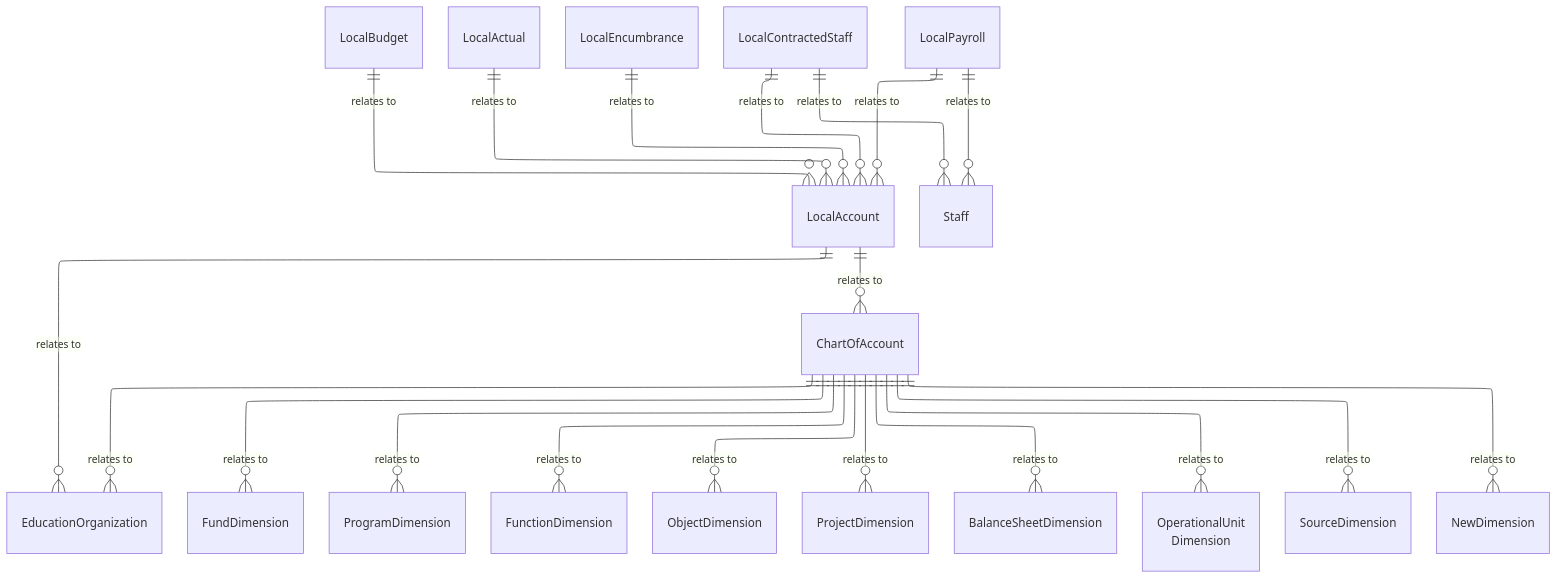
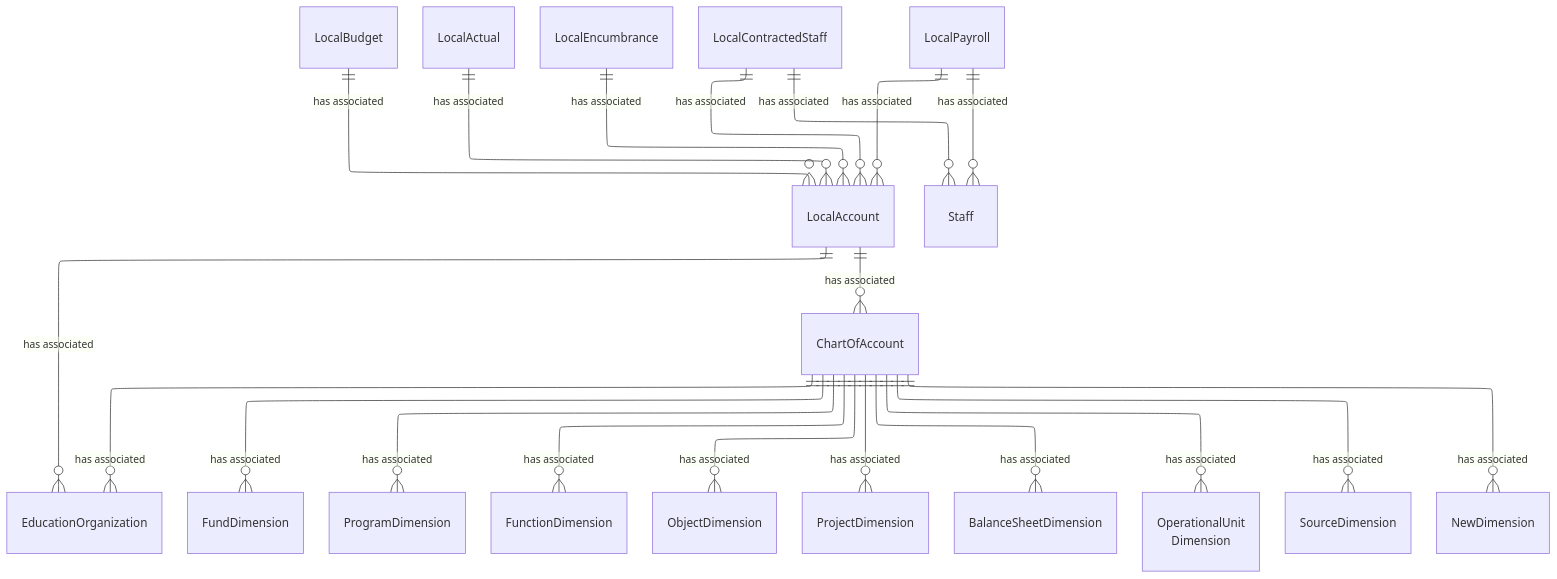
The diagram in dataStandard_versioned_docs/version-6/model-reference/finance-domain/model-diagrams.md (Ed-Fi-Alliance-OSS/ed-fi-alliance-oss.github.io), drawn with Mermaid before and after one commit. The commit also changed 24 other files, not shown here.

````diff
--- a/dataStandard_versioned_docs/version-6/model-reference/finance-domain/model-diagrams.md
+++ b/dataStandard_versioned_docs/version-6/model-reference/finance-domain/model-diagrams.md
@@ -11,62 +11,62 @@
 ```mermaid
 ---
 config:
   layout: elk
 ---
 erDiagram
     EducationOrganization {
     }
     LocalAccount {
     }
     ChartOfAccount {
     }
     LocalBudget {
     }
     LocalActual {
     }
     LocalEncumbrance {
     }
     LocalContractedStaff {
     }
     LocalPayroll {
     }
     FundDimension {
     }
     ProgramDimension {
     }
     FunctionDimension {
     }
     ObjectDimension {
     }
     ProjectDimension {
     }
     BalanceSheetDimension {
     }
     OperationalUnitDimension["OperationalUnit<br/>Dimension"] {
     }
     SourceDimension {
     }
     NewDimension {
     }
     Staff {
     }
-    LocalAccount ||--o{ EducationOrganization : "relates to"
-    LocalAccount ||--o{ ChartOfAccount : "relates to"
-    ChartOfAccount ||--o{ EducationOrganization : "relates to"
-    ChartOfAccount ||--o{ FundDimension : "relates to"
-    ChartOfAccount ||--o{ ProgramDimension : "relates to"
-    ChartOfAccount ||--o{ FunctionDimension : "relates to"
-    ChartOfAccount ||--o{ ObjectDimension : "relates to"
-    ChartOfAccount ||--o{ ProjectDimension : "relates to"
-    ChartOfAccount ||--o{ OperationalUnitDimension : "relates to"
-    ChartOfAccount ||--o{ SourceDimension : "relates to"
-    ChartOfAccount ||--o{ BalanceSheetDimension : "relates to"
-    ChartOfAccount ||--o{ NewDimension : "relates to"
-    LocalBudget ||--o{ LocalAccount : "relates to"
-    LocalActual ||--o{ LocalAccount : "relates to"
-    LocalEncumbrance ||--o{ LocalAccount : "relates to"
-    LocalContractedStaff ||--o{ LocalAccount : "relates to"
-    LocalContractedStaff ||--o{ Staff : "relates to"
-    LocalPayroll ||--o{ LocalAccount : "relates to"
-    LocalPayroll ||--o{ Staff : "relates to"
+    LocalAccount ||--o{ EducationOrganization : "has associated"
+    LocalAccount ||--o{ ChartOfAccount : "has associated"
+    ChartOfAccount ||--o{ EducationOrganization : "has associated"
+    ChartOfAccount ||--o{ FundDimension : "has associated"
+    ChartOfAccount ||--o{ ProgramDimension : "has associated"
+    ChartOfAccount ||--o{ FunctionDimension : "has associated"
+    ChartOfAccount ||--o{ ObjectDimension : "has associated"
+    ChartOfAccount ||--o{ ProjectDimension : "has associated"
+    ChartOfAccount ||--o{ OperationalUnitDimension : "has associated"
+    ChartOfAccount ||--o{ SourceDimension : "has associated"
+    ChartOfAccount ||--o{ BalanceSheetDimension : "has associated"
+    ChartOfAccount ||--o{ NewDimension : "has associated"
+    LocalBudget ||--o{ LocalAccount : "has associated"
+    LocalActual ||--o{ LocalAccount : "has associated"
+    LocalEncumbrance ||--o{ LocalAccount : "has associated"
+    LocalContractedStaff ||--o{ LocalAccount : "has associated"
+    LocalContractedStaff ||--o{ Staff : "has associated"
+    LocalPayroll ||--o{ LocalAccount : "has associated"
+    LocalPayroll ||--o{ Staff : "has associated"
 ```
````
